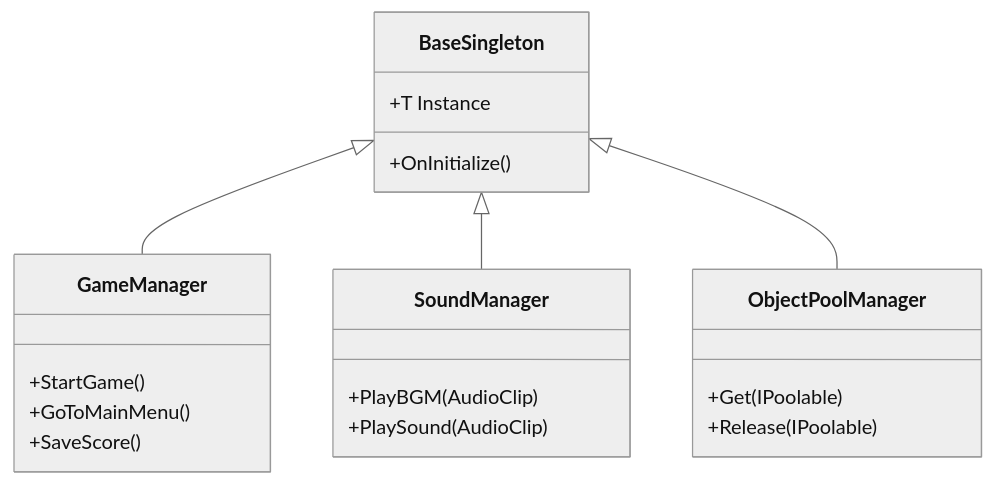
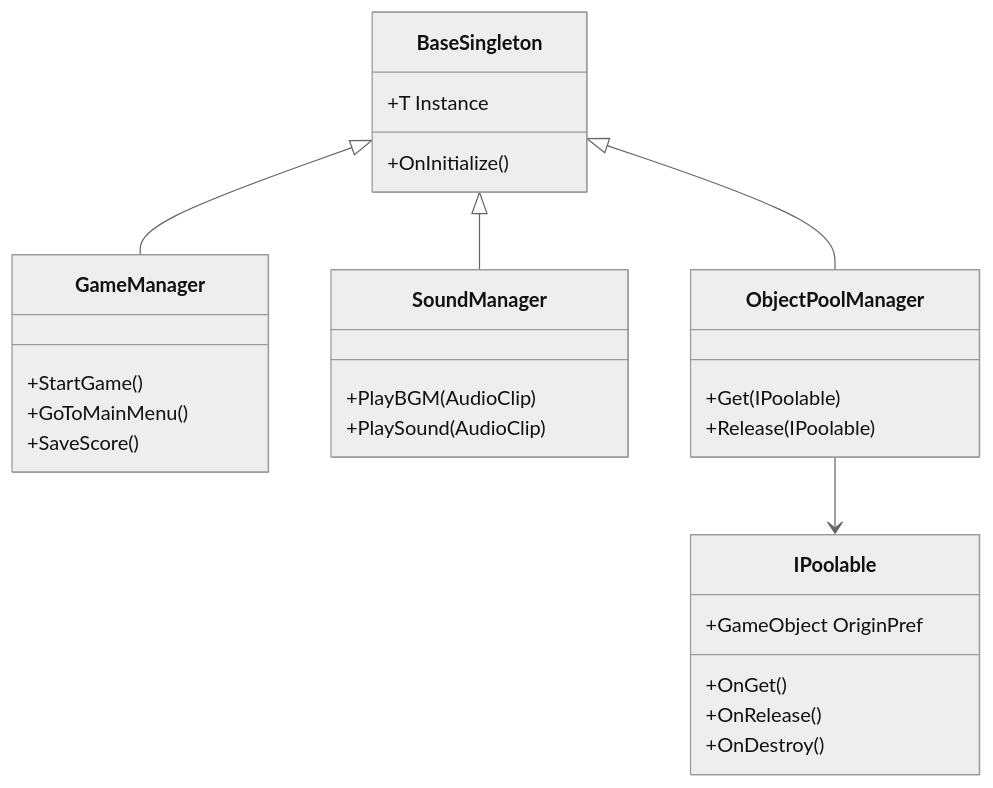
One commit to poom12345p/Flappy-Bird-Clone changed the second of 3 diagrams in README.md. Above: the diagram before and after it, drawn with Mermaid (neutral theme). The commit also changed other lines of this file, not shown here.

````diff
--- a/README.md
+++ b/README.md
@@ -18,23 +18,30 @@
 ```mermaid
 classDiagram
     BaseSingleton <|-- GameManager
     BaseSingleton <|-- SoundManager
     BaseSingleton <|-- ObjectPoolManager
+    ObjectPoolManager --> IPoolable
     class  BaseSingleton{
       +T Instance
       +OnInitialize()
     }
     class  GameManager{
       +StartGame()
       +GoToMainMenu()
       +SaveScore()
     }
     class ObjectPoolManager{
       +Get(IPoolable)
       +Release(IPoolable)
     }
      class SoundManager{
       +PlayBGM(AudioClip)
       +PlaySound(AudioClip)
     }
+class IPoolable{
+   +GameObject OriginPref
+   +OnGet()
+   +OnRelease()
+   +OnDestroy()
+}
 ```
````
